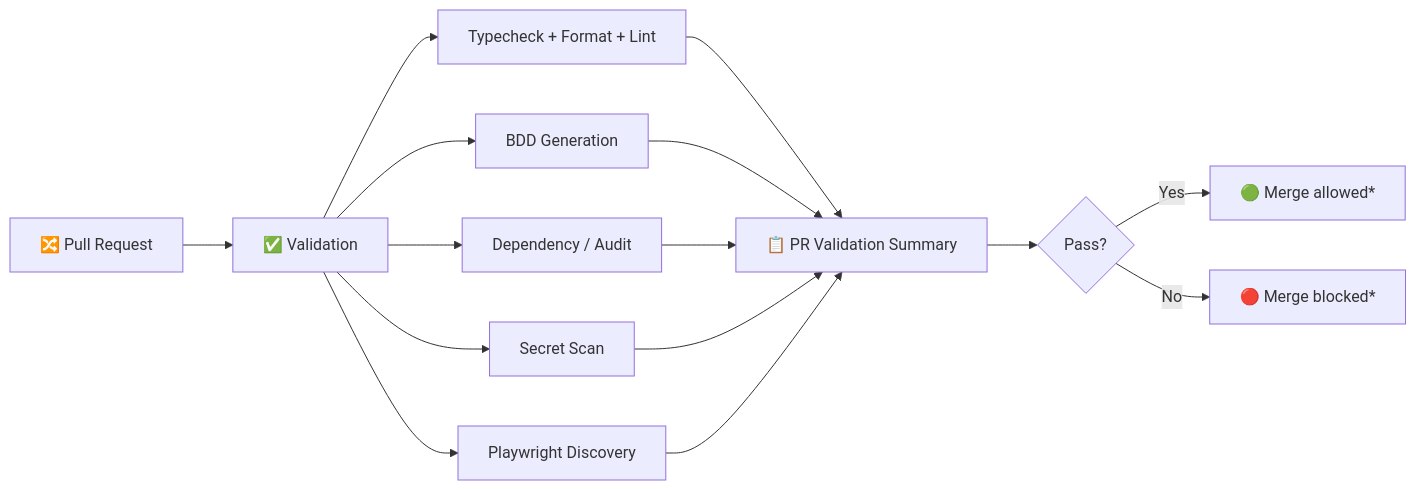
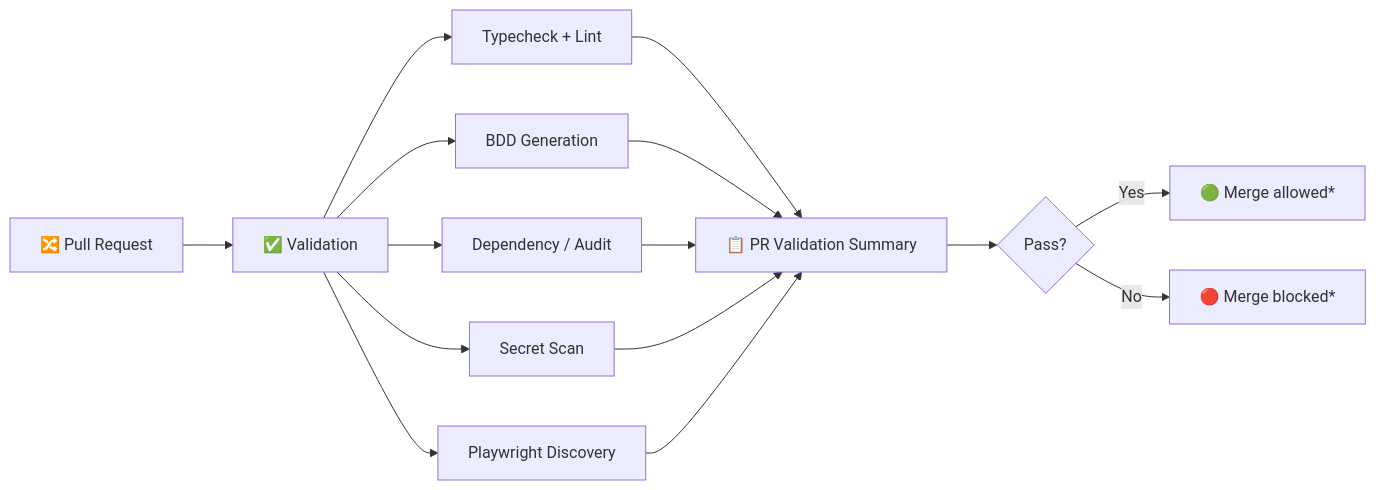
One commit to hexdee606/e2e-playwright-boilerplate-ts changed the fifth of 6 diagrams in README.md. Above: the diagram before and after it, drawn with Mermaid. The commit also changed other lines of this file and 11 other files, not shown here.

````diff
--- a/README.md
+++ b/README.md
@@ -215,17 +215,17 @@
 ```mermaid
 flowchart LR
     PR[🔀 Pull Request] --> V[✅ Validation]
-    V --> Q[Typecheck + Format + Lint]
+    V --> Q[Typecheck + Lint]
     V --> B[BDD Generation]
     V --> D[Dependency / Audit]
     V --> S[Secret Scan]
     V --> T[Playwright Discovery]
     Q --> R[📋 PR Validation Summary]
     B --> R
     D --> R
     S --> R
     T --> R
     R --> M{Pass?}
     M -- Yes --> OK[🟢 Merge allowed*]
     M -- No --> STOP[🔴 Merge blocked*]
 ```
````
